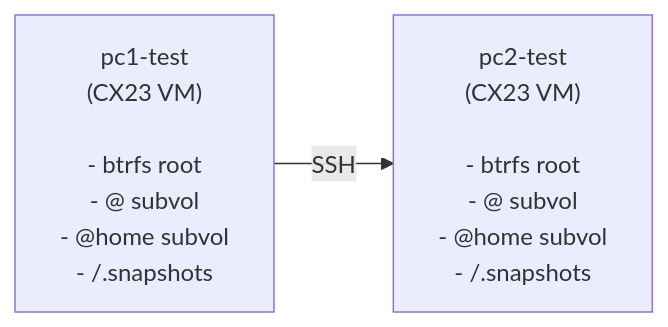
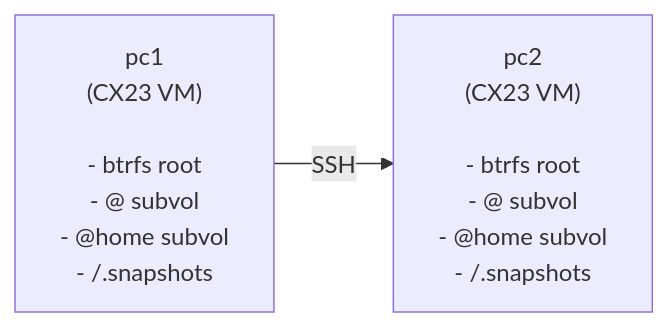
One commit to flaksit/pc-switcher changed the diagram in docs/testing-framework.md. Above: the diagram before and after it, drawn with Mermaid. The commit also changed other lines of this file and 2 other files, not shown here.

Commit message:
rename pc1-test and pc2-test to just pc1/pc2

````diff
--- a/docs/testing-framework.md
+++ b/docs/testing-framework.md
@@ -52,7 +52,7 @@
 ```mermaid
 graph LR
-    A["pc1-test<br/>(CX23 VM)<br/><br/>- btrfs root<br/>- @ subvol<br/>- @home subvol<br/>- /.snapshots"]
-    B["pc2-test<br/>(CX23 VM)<br/><br/>- btrfs root<br/>- @ subvol<br/>- @home subvol<br/>- /.snapshots"]
+    A["pc1<br/>(CX23 VM)<br/><br/>- btrfs root<br/>- @ subvol<br/>- @home subvol<br/>- /.snapshots"]
+    B["pc2<br/>(CX23 VM)<br/><br/>- btrfs root<br/>- @ subvol<br/>- @home subvol<br/>- /.snapshots"]
     
     A -->|SSH| B
 ```
````
